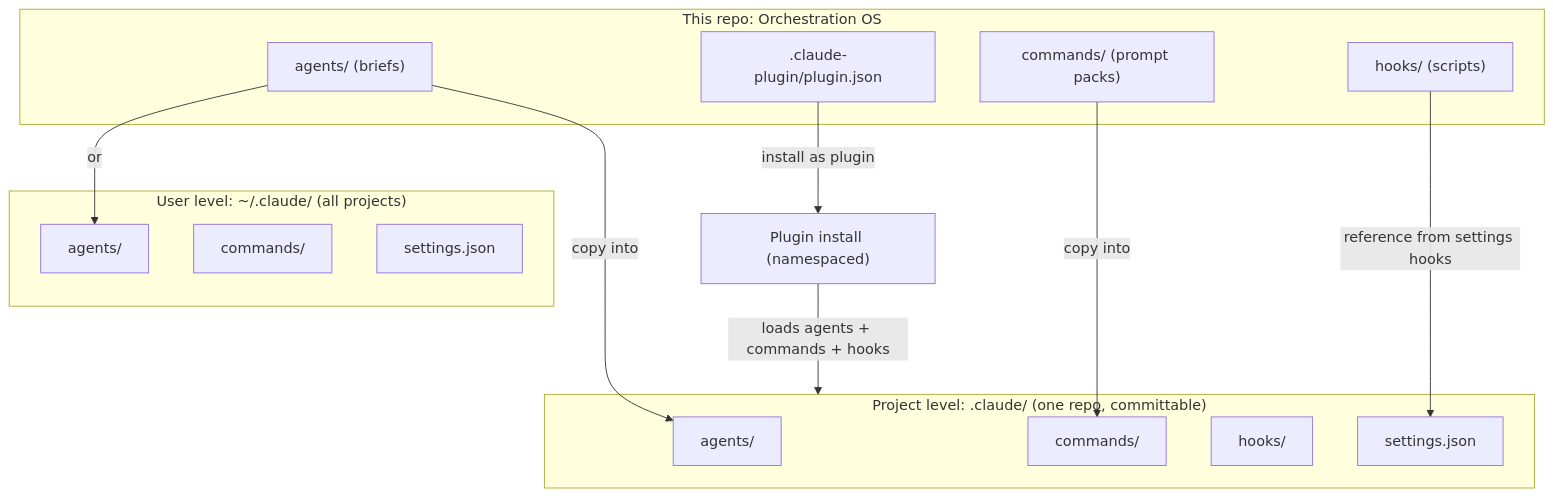
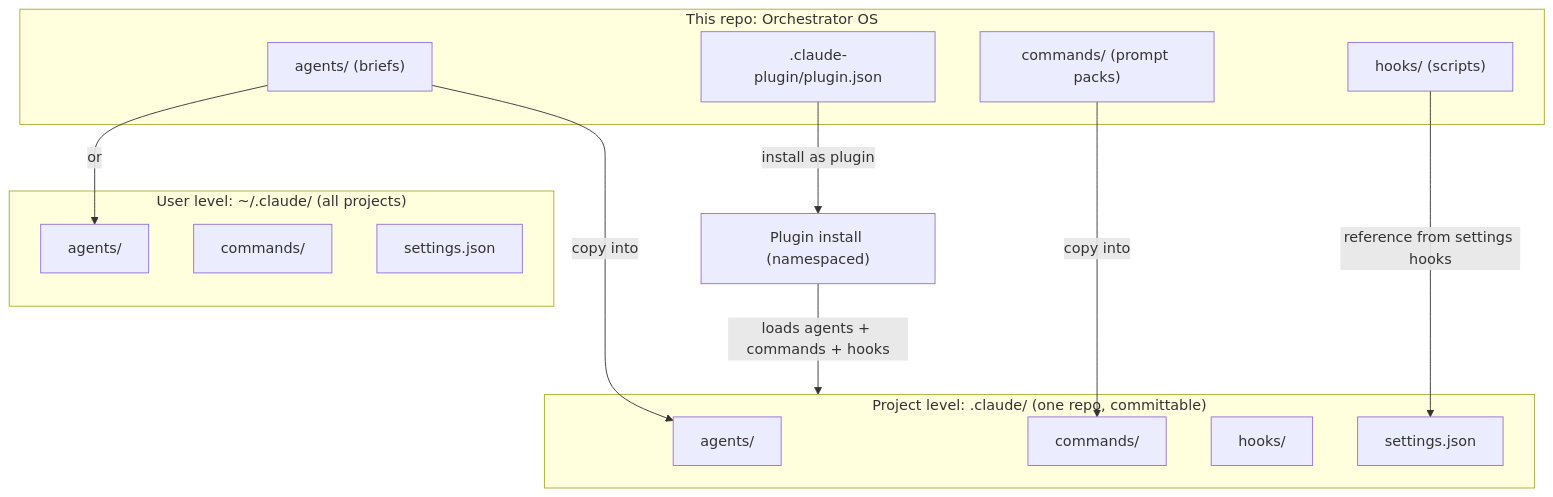
One commit to alex-villarroel/orchestrator-os changed the diagram in setups/setup-claude-code.md. Above: the diagram before and after it, drawn with Mermaid. The commit also changed other lines of this file and 91 other files, not shown here.

````diff
--- a/setups/setup-claude-code.md
+++ b/setups/setup-claude-code.md
@@ -17,29 +17,29 @@
 ```mermaid
 flowchart TD
     subgraph USER["User level: ~/.claude/ (all projects)"]
         UA["agents/"]
         UC["commands/"]
         US["settings.json"]
     end
 
     subgraph PROJ["Project level: .claude/ (one repo, committable)"]
         PA["agents/"]
         PC["commands/"]
         PH["hooks/"]
         PS["settings.json"]
     end
 
-    subgraph REPO["This repo: Orchestration OS"]
+    subgraph REPO["This repo: Orchestrator OS"]
         RA["agents/ (briefs)"]
         RC["commands/ (prompt packs)"]
         RH["hooks/ (scripts)"]
         RM[".claude-plugin/plugin.json"]
     end
 
     RA -->|"copy into"| PA
     RA -->|"or"| UA
     RC -->|"copy into"| PC
     RH -->|"reference from settings hooks"| PS
     RM -->|"install as plugin"| PLUGIN["Plugin install (namespaced)"]
     PLUGIN -->|"loads agents + commands + hooks"| PROJ
 ```
````
